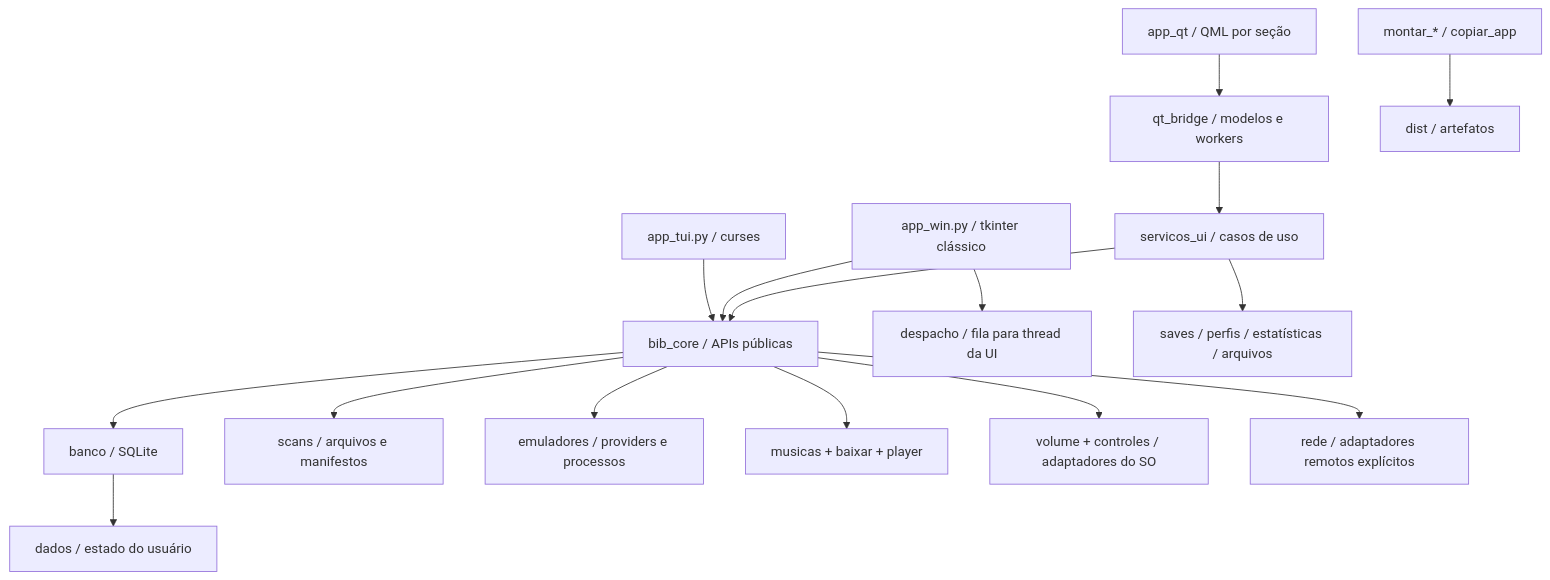
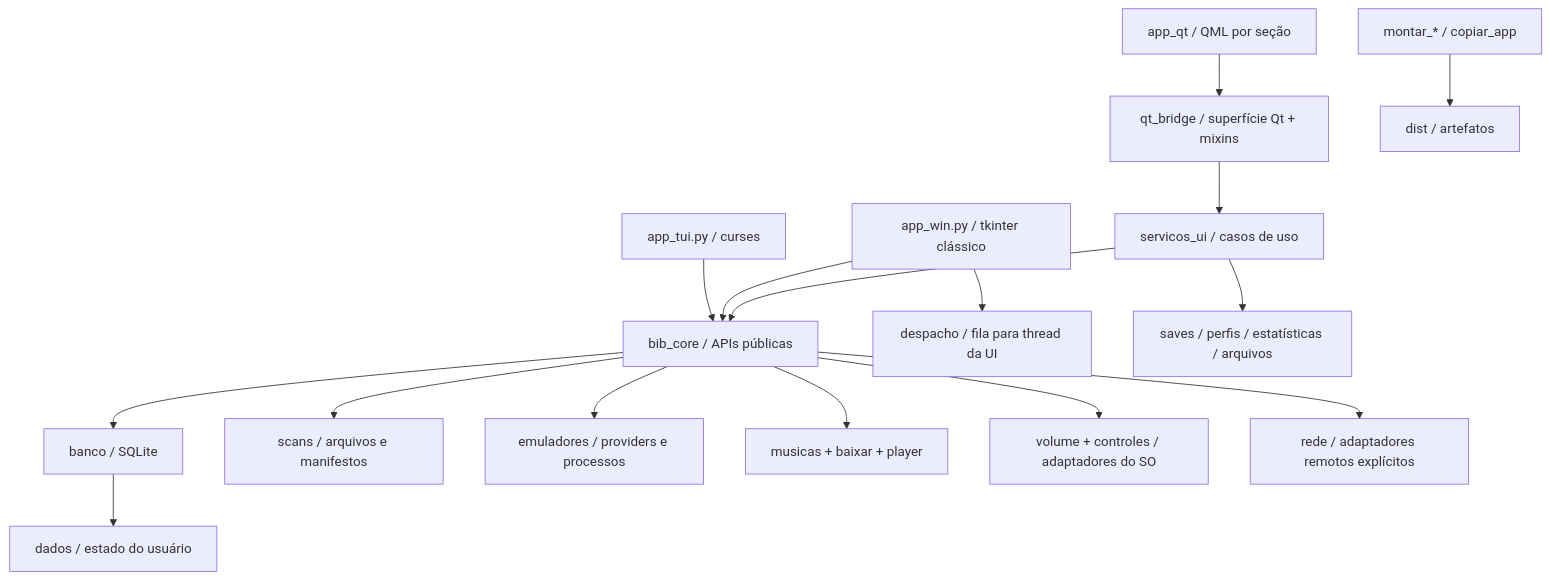
The diagram in docs/ARQUITETURA.md (Artur-Lucena/TucoTeca), drawn with Mermaid before and after one commit. The commit also changed other lines of this file and 14 other files, not shown here.

First line of the commit message:
refactor(o2-f4): fatiar qt_bridge.py em pacote por dominio

````diff
--- a/docs/ARQUITETURA.md
+++ b/docs/ARQUITETURA.md
@@ -5,18 +5,18 @@
 ```mermaid
 flowchart TD
-  Qt[app_qt / QML por seção] --> Bridge[qt_bridge / modelos e workers]
+  Qt[app_qt / QML por seção] --> Bridge[qt_bridge / superfície Qt + mixins]
   Bridge --> Services[servicos_ui / casos de uso]
   Services --> Compat[bib_core / APIs públicas]
   GUI[app_win.py / tkinter clássico] --> Compat
   TUI[app_tui.py / curses] --> Compat
   GUI --> Dispatch[despacho / fila para thread da UI]
   Compat --> DB[banco / SQLite]
   Compat --> Scan[scans / arquivos e manifestos]
   Compat --> Emu[emuladores / providers e processos]
   Compat --> Music[musicas + baixar + player]
   Compat --> System[volume + controles / adaptadores do SO]
   Compat --> Network[rede / adaptadores remotos explícitos]
   Services --> Personal[saves / perfis / estatísticas / arquivos]
   DB --> Dados[dados / estado do usuário]
   Builders[montar_* / copiar_app] --> Dist[dist / artefatos]
 ```
````
